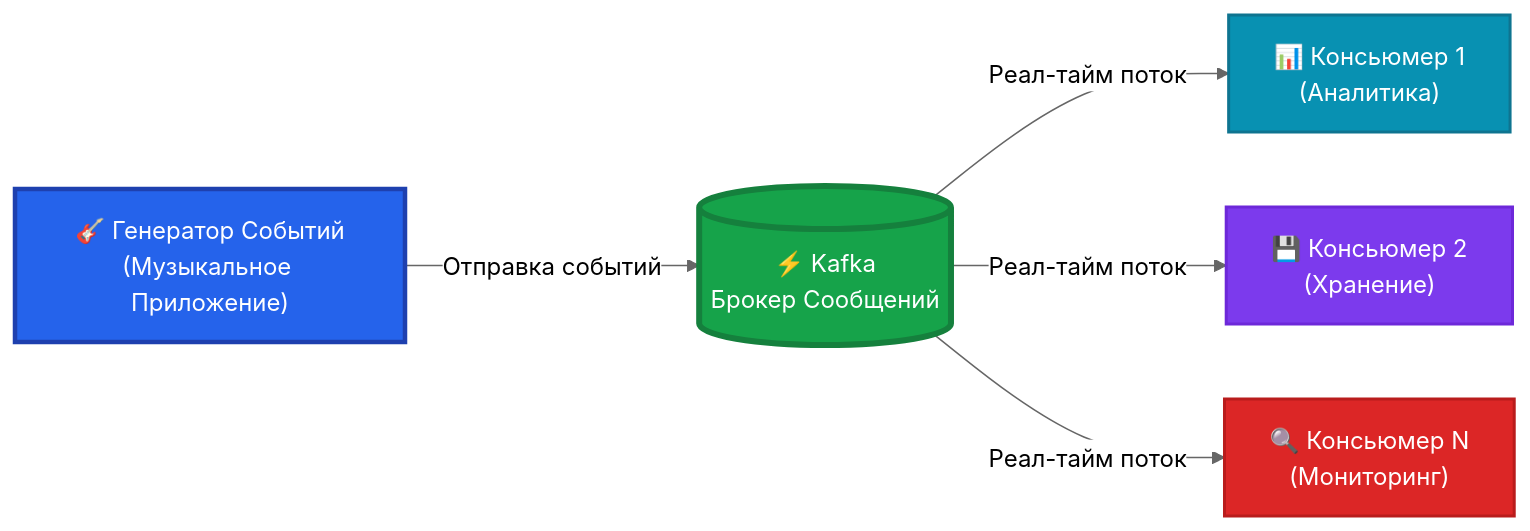
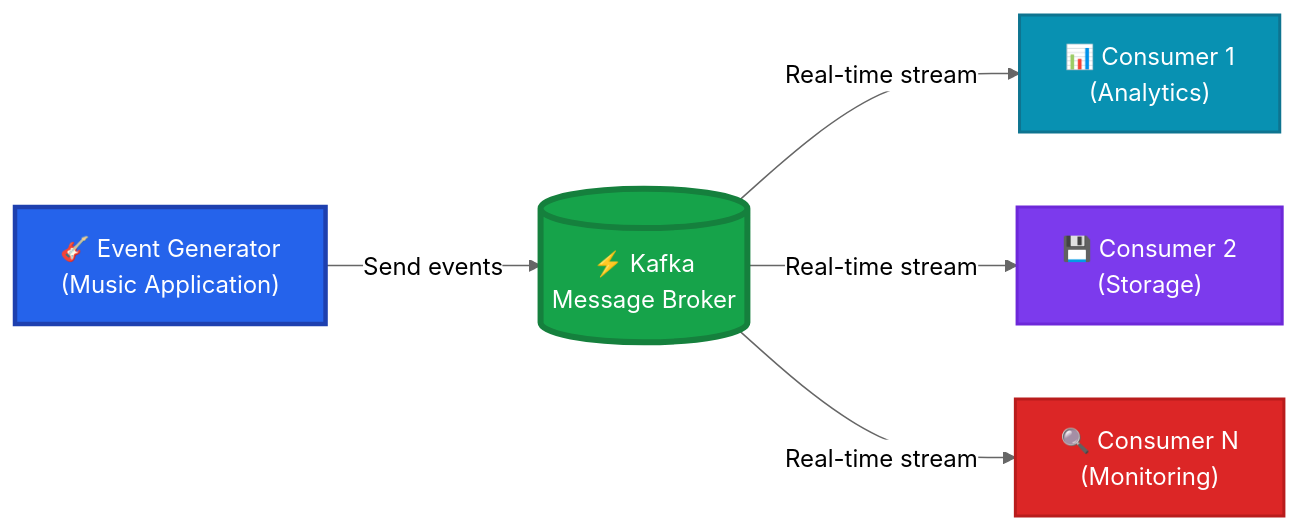
The first of 4 diagrams in README.md (Almas1989/kafka_de_project), drawn with Mermaid (neutral theme) before and after one commit. The commit also changed other lines of this file and 1 other file, not shown here.

````diff
--- a/README.md
+++ b/README.md
@@ -22,13 +22,13 @@
 ```mermaid
 flowchart LR
-    A["🎸 Генератор Событий<br/>(Музыкальное Приложение)"] -- Отправка событий --> B[("⚡ Kafka<br/>Брокер Сообщений")]
-    B -- Реал-тайм поток --> C["📊 Консьюмер 1<br/>(Аналитика)"]
-    B -- Реал-тайм поток --> D["💾 Консьюмер 2<br/>(Хранение)"]
-    B -- Реал-тайм поток --> E["🔍 Консьюмер N<br/>(Мониторинг)"]
+    A["🎸 Event Generator<br/>(Music Application)"] -- Send events --> B[("⚡ Kafka<br/>Message Broker")]
+    B -- Real-time stream --> C["📊 Consumer 1<br/>(Analytics)"]
+    B -- Real-time stream --> D["💾 Consumer 2<br/>(Storage)"]
+    B -- Real-time stream --> E["🔍 Consumer N<br/>(Monitoring)"]
 
     style A fill:#2563eb,stroke:#1e40af,stroke-width:3px,color:#fff
     style B fill:#16a34a,stroke:#15803d,stroke-width:4px,color:#fff
     style C fill:#0891b2,stroke:#0e7490,stroke-width:2px,color:#fff
     style D fill:#7c3aed,stroke:#6d28d9,stroke-width:2px,color:#fff
     style E fill:#dc2626,stroke:#b91c1c,stroke-width:2px,color:#fff
 ```
````
